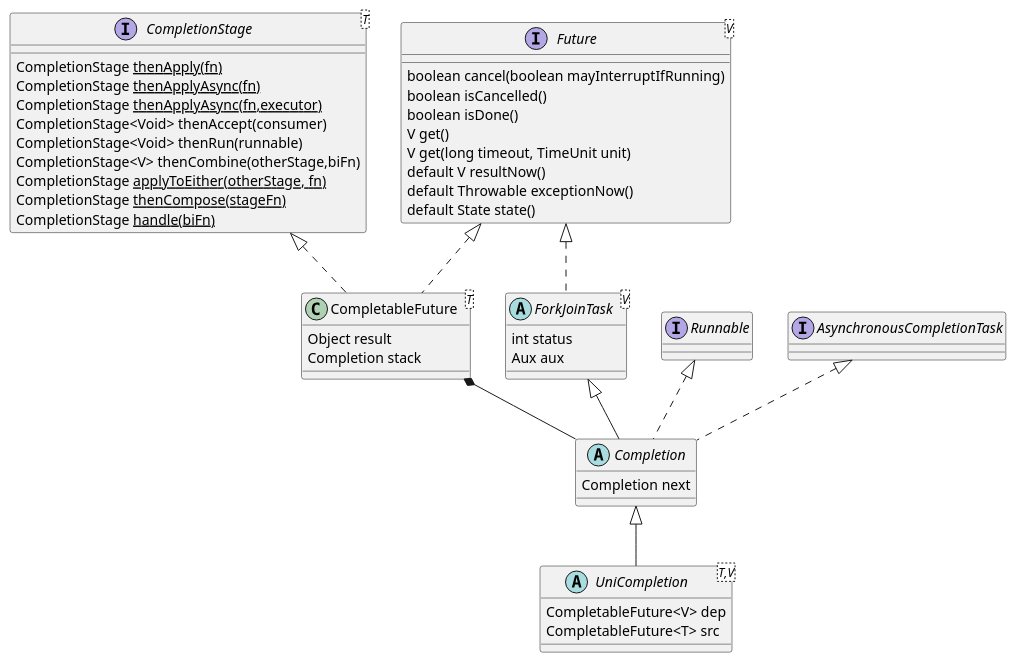
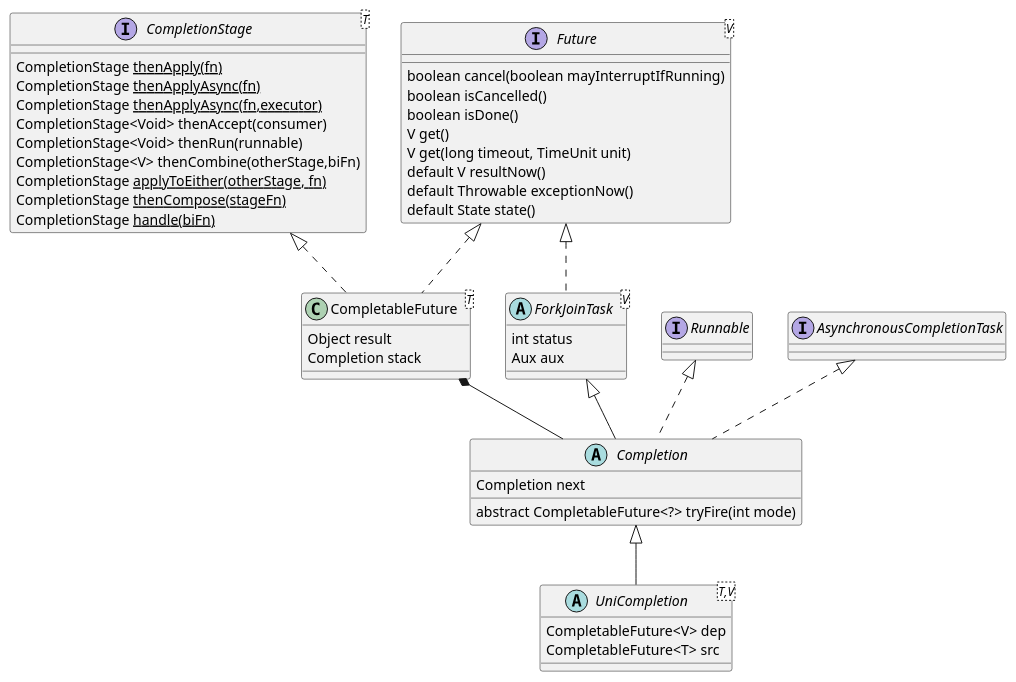
One commit to kevinwang930/kevinwang930.github.io changed the second of 2 diagrams in content/post/java/concurrency/scheduling.md. Above: the diagram before and after it, drawn with PlantUML. The commit also changed 2 other files, not shown here.

Commit message:
concurrency update

````diff
--- a/content/post/java/concurrency/scheduling.md
+++ b/content/post/java/concurrency/scheduling.md
@@ -129,45 +129,46 @@
 ```plantuml
 interface CompletionStage<T>  {
      CompletionStage<U> thenApply(fn)
      CompletionStage<U> thenApplyAsync(fn)
      CompletionStage<U> thenApplyAsync(fn,executor)
      CompletionStage<Void> thenAccept(consumer)
      CompletionStage<Void> thenRun(runnable)
      CompletionStage<V> thenCombine(otherStage,biFn)
      CompletionStage<U> applyToEither(otherStage, fn)
      CompletionStage<U> thenCompose(stageFn)
      CompletionStage<U> handle(biFn)
 }
 
 interface Future<V> {
     boolean cancel(boolean mayInterruptIfRunning)
     boolean isCancelled()
     boolean isDone()
     V get() 
     V get(long timeout, TimeUnit unit)
     default V resultNow() 
     default Throwable exceptionNow()
     default State state()
 }
 
 class CompletableFuture<T> implements Future, CompletionStage {
     Object result
     Completion stack
 }
 
 abstract class ForkJoinTask<V> implements Future {
     int status
     Aux aux
 }
 abstract class Completion extends ForkJoinTask<Void> implements Runnable,AsynchronousCompletionTask {
     Completion next
+    abstract CompletableFuture<?> tryFire(int mode)
         }
 
 abstract  class UniCompletion<T,V> extends Completion {
     CompletableFuture<V> dep
     CompletableFuture<T> src
 }
 
 
 CompletableFuture *-down- Completion
 ```
````
